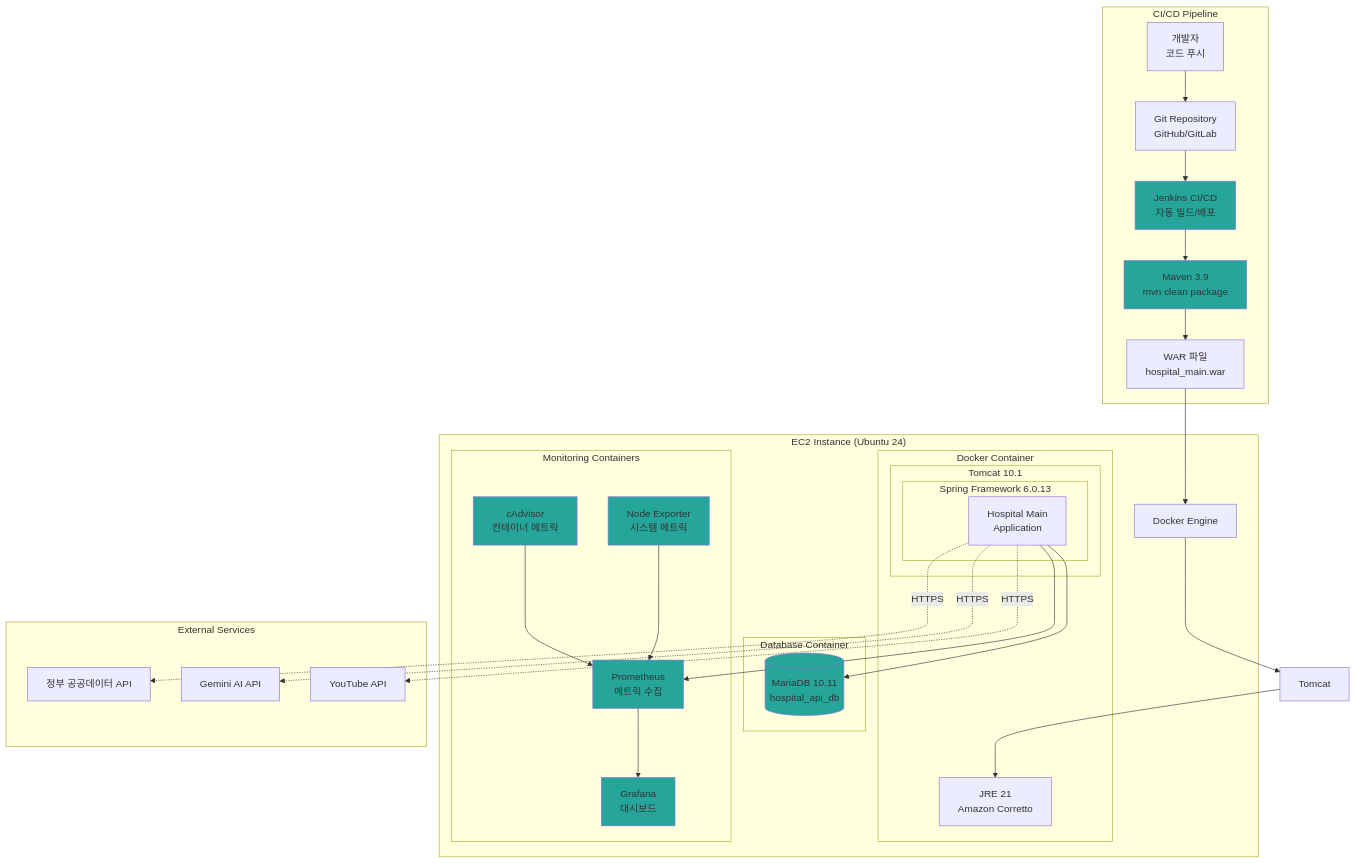
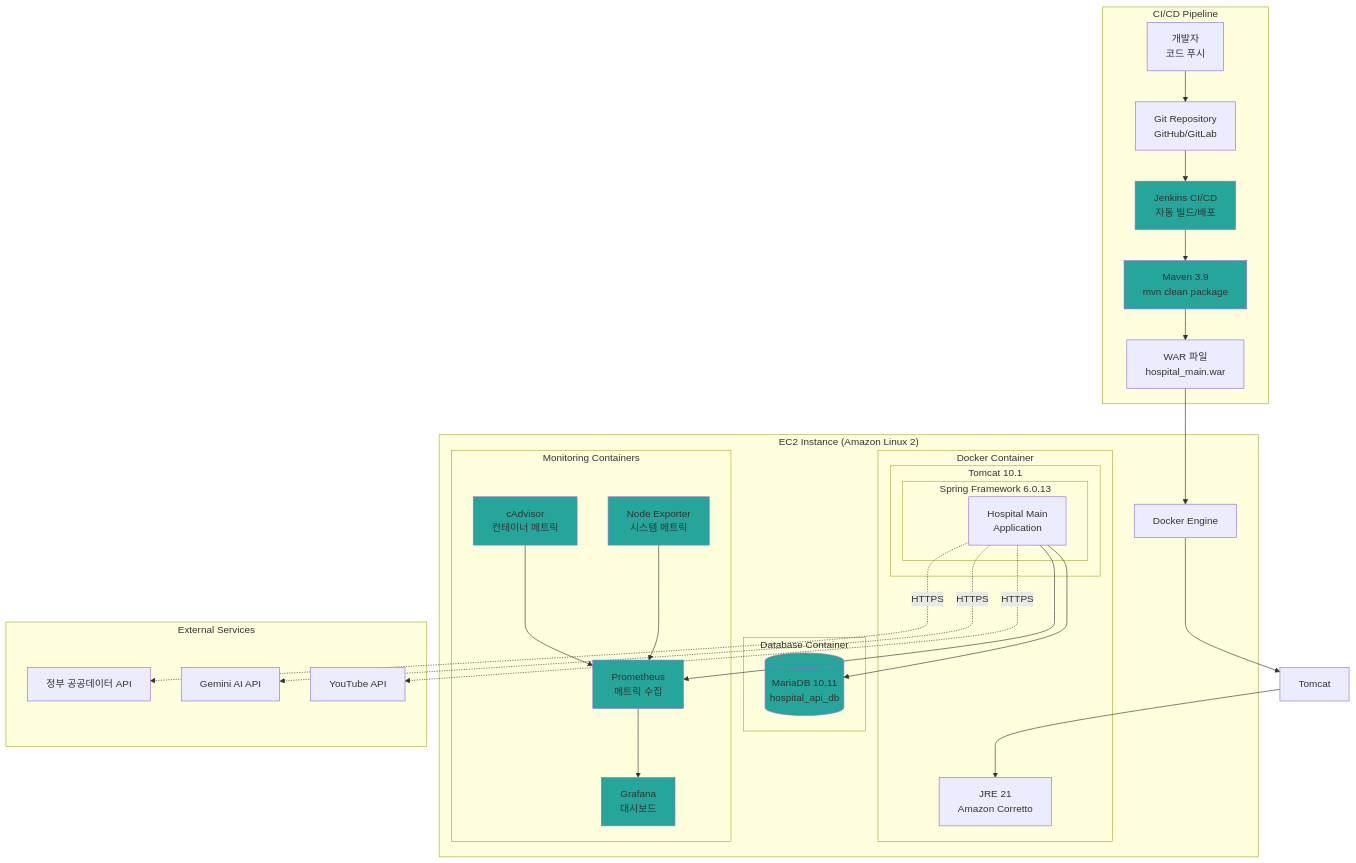
One commit to medical-info-hub/hospitalInfoProject-backend changed the seventh of 12 diagrams in SW_ARCHITECTURE_FLOWCHART.md. Above: the diagram before and after it, drawn with Mermaid. The commit also changed other lines of this file, not shown here.

Commit message:
Update OS from Ubuntu 24 to Amazon Linux 2

````diff
--- a/SW_ARCHITECTURE_FLOWCHART.md
+++ b/SW_ARCHITECTURE_FLOWCHART.md
@@ -482,67 +482,67 @@
 ```mermaid
 graph TB
     subgraph "CI/CD Pipeline"
         Dev[개발자<br/>코드 푸시]
         Git[Git Repository<br/>GitHub/GitLab]
         Jenkins[Jenkins CI/CD<br/>자동 빌드/배포]
         Maven[Maven 3.9<br/>mvn clean package]
         Artifact[WAR 파일<br/>hospital_main.war]
     end
 
-    subgraph "EC2 Instance (Ubuntu 24)"
+    subgraph "EC2 Instance (Amazon Linux 2)"
         subgraph "Docker Container"
             subgraph "Tomcat 10.1"
                 subgraph "Spring Framework 6.0.13"
                     App[Hospital Main<br/>Application]
                 end
             end
 
             JRE[JRE 21<br/>Amazon Corretto]
         end
 
         subgraph "Database Container"
             MariaDB[(MariaDB 10.11<br/>hospital_api_db)]
         end
 
         subgraph "Monitoring Containers"
             Prometheus[Prometheus<br/>메트릭 수집]
             Grafana[Grafana<br/>대시보드]
             cAdvisor[cAdvisor<br/>컨테이너 메트릭]
             NodeExporter[Node Exporter<br/>시스템 메트릭]
         end
 
         Docker[Docker Engine]
     end
 
     subgraph "External Services"
         GovAPI[정부 공공데이터 API]
         GeminiAPI[Gemini AI API]
         YouTubeAPI[YouTube API]
     end
 
     Dev --> Git
     Git --> Jenkins
     Jenkins --> Maven
     Maven --> Artifact
     Artifact --> Docker
     Docker --> Tomcat
     Tomcat --> JRE
 
     App --> MariaDB
     App -.->|HTTPS| GovAPI
     App -.->|HTTPS| GeminiAPI
     App -.->|HTTPS| YouTubeAPI
 
     App --> Prometheus
     cAdvisor --> Prometheus
     NodeExporter --> Prometheus
     Prometheus --> Grafana
 
     style Jenkins fill:#26a69a
     style Maven fill:#26a69a
     style MariaDB fill:#26a69a
     style Prometheus fill:#26a69a
     style Grafana fill:#26a69a
     style cAdvisor fill:#26a69a
     style NodeExporter fill:#26a69a
 ```
````
